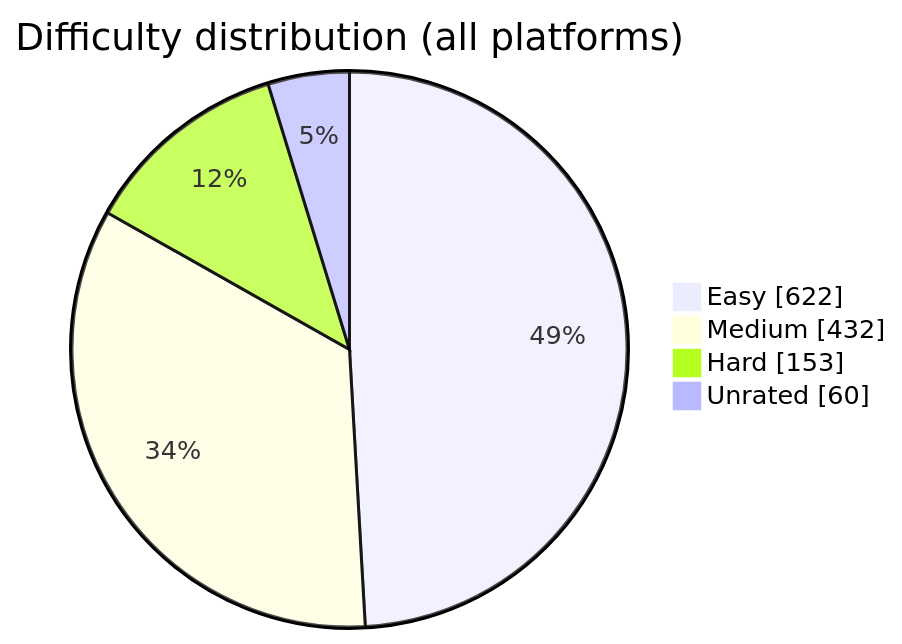
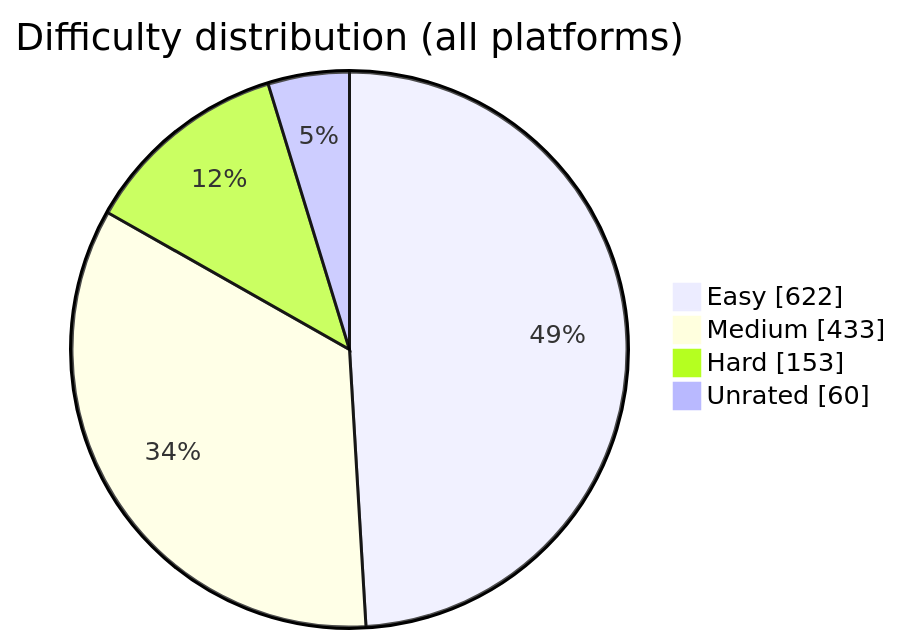
Before and after one commit to BuildbyArindam/Daily-Coding-Log: the diagram in README.md, drawn with Mermaid. The commit also changed other lines of this file, not shown here.

````diff
--- a/README.md
+++ b/README.md
@@ -93,7 +93,7 @@
 ```mermaid
 pie showData title Difficulty distribution (all platforms)
     "Easy" : 622
-    "Medium" : 432
+    "Medium" : 433
     "Hard" : 153
     "Unrated" : 60
 ```
````
